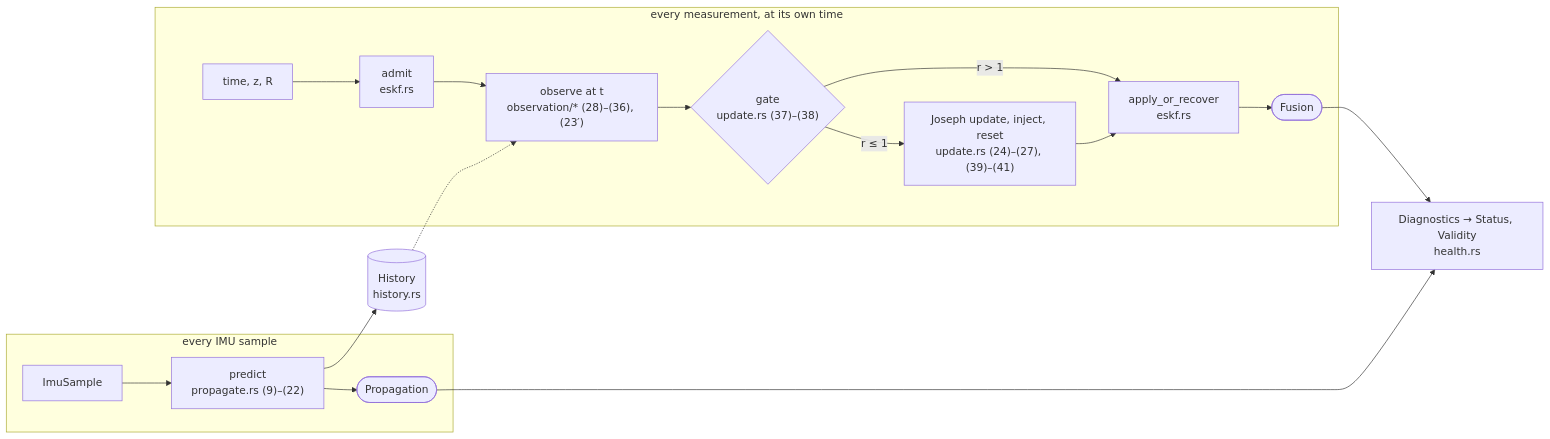
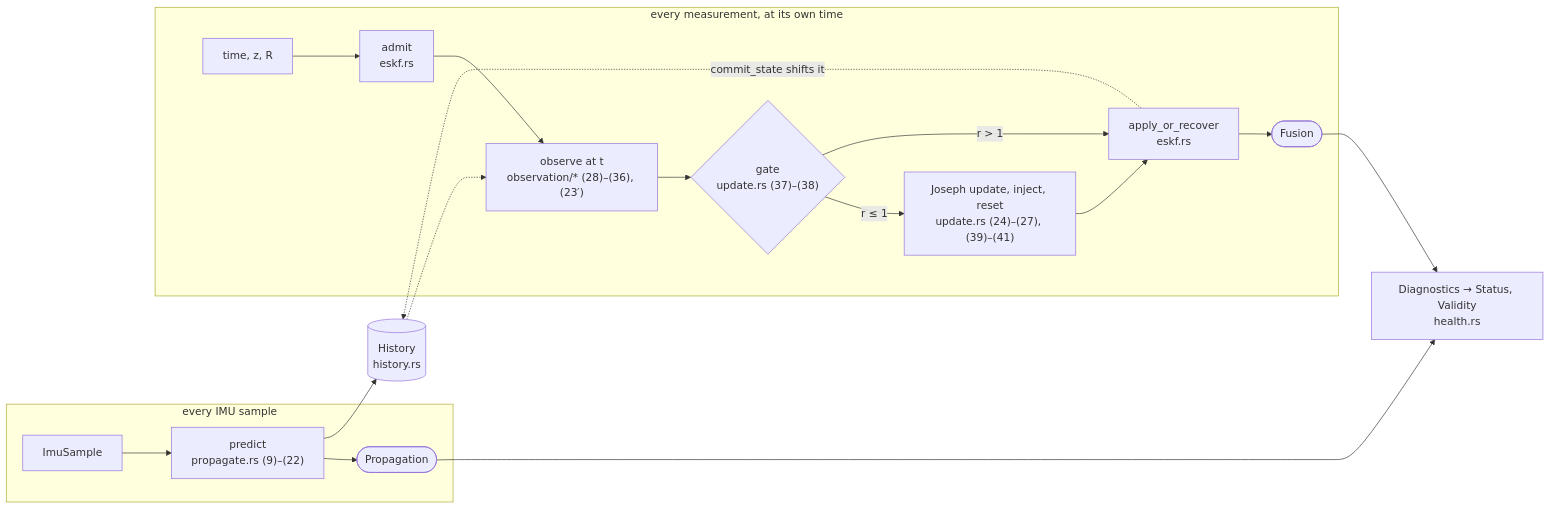
The first of 2 diagrams in DESIGN.md (wboayue/fusion-nav), drawn with Mermaid before and after one commit. The commit also changed other lines of this file, not shown here.

````diff
--- a/DESIGN.md
+++ b/DESIGN.md
@@ -21,20 +20,21 @@
 ```mermaid
 flowchart LR
     subgraph sample["every IMU sample"]
         imu["ImuSample"] --> predict["predict<br/>propagate.rs (9)–(22)"]
         predict --> pout(["Propagation"])
     end
     predict --> hist[("History<br/>history.rs")]
     subgraph meas["every measurement, at its own time"]
         z["time, z, R"] --> admit["admit<br/>eskf.rs"]
         admit --> observe["observe at t<br/>observation/* (28)–(36), (23′)"]
         observe --> gate{"gate<br/>update.rs (37)–(38)"}
         gate -- "r ≤ 1" --> upd["Joseph update, inject, reset<br/>update.rs (24)–(27), (39)–(41)"]
         gate -- "r > 1" --> rec["apply_or_recover<br/>eskf.rs"]
         upd --> rec
         rec --> fout(["Fusion"])
     end
     hist -.-> observe
+    rec -. "commit_state shifts it" .-> hist
     pout --> health["Diagnostics → Status, Validity<br/>health.rs"]
     fout --> health
 ```
````
